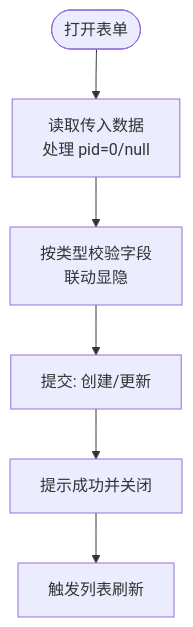
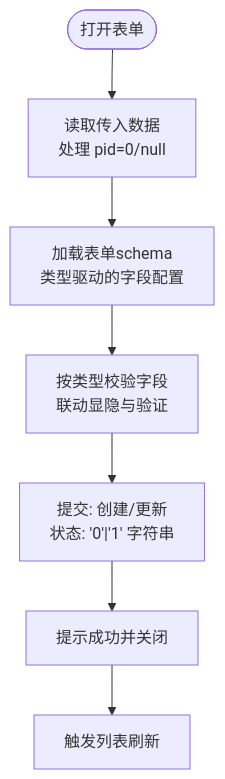
One commit to ShiRuYu/shiyu-ui changed the fifth of 7 diagrams in .qoder/repowiki/zh/content/业务模块/菜单管理.md. Above: the diagram before and after it, drawn with Mermaid. The commit also changed other lines of this file and 37 other files, not shown here.

````diff
--- a/.qoder/repowiki/zh/content/业务模块/菜单管理.md
+++ b/.qoder/repowiki/zh/content/业务模块/菜单管理.md
@@ -252,8 +253,9 @@
 ```mermaid
 flowchart TD
 Open(["打开表单"]) --> LoadData["读取传入数据<br/>处理 pid=0/null"]
-LoadData --> Validate["按类型校验字段<br/>联动显隐"]
-Validate --> Submit["提交: 创建/更新"]
+LoadData --> Schema["加载表单schema<br/>类型驱动的字段配置"]
+Schema --> Validate["按类型校验字段<br/>联动显隐与验证"]
+Validate --> Submit["提交: 创建/更新<br/>状态: '0'|'1' 字符串"]
 Submit --> Success["提示成功并关闭"]
 Success --> Refresh["触发列表刷新"]
 ```
````
